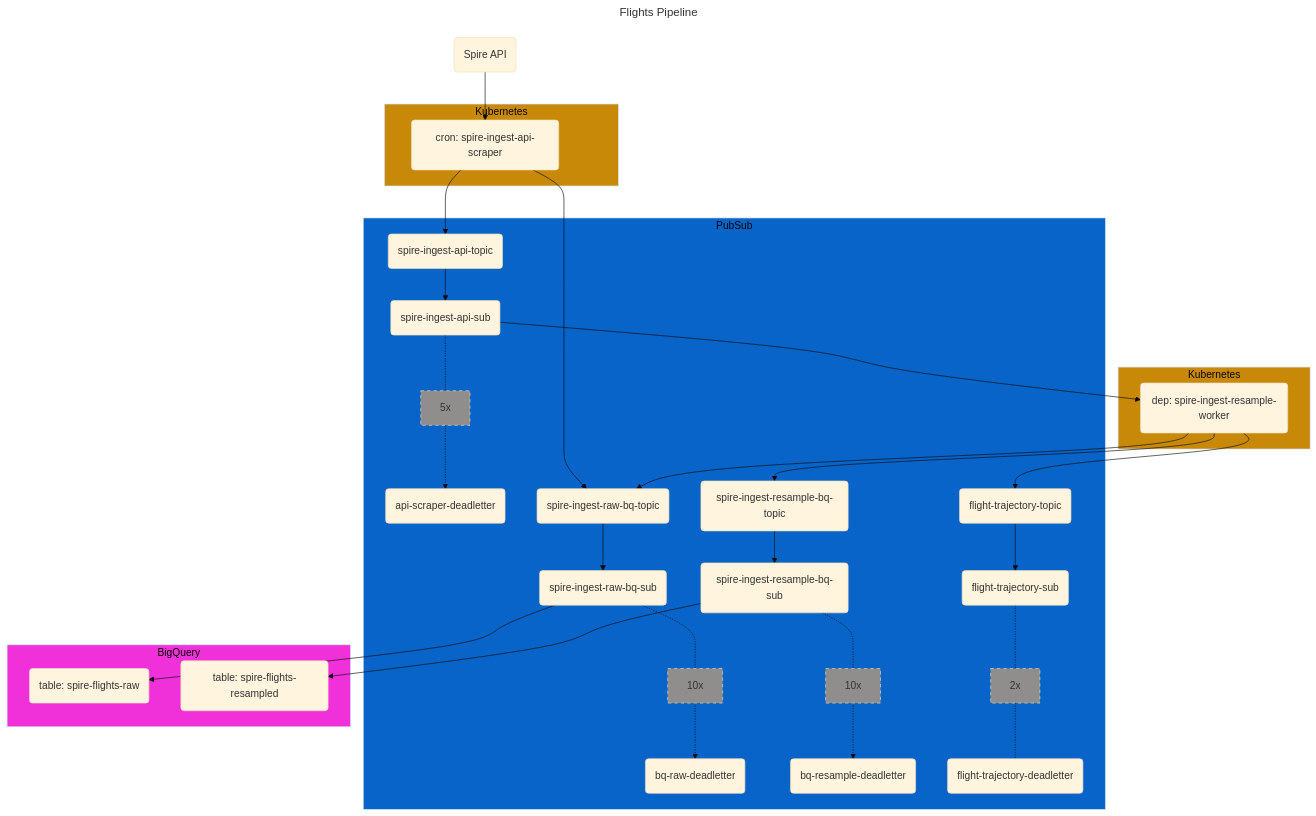
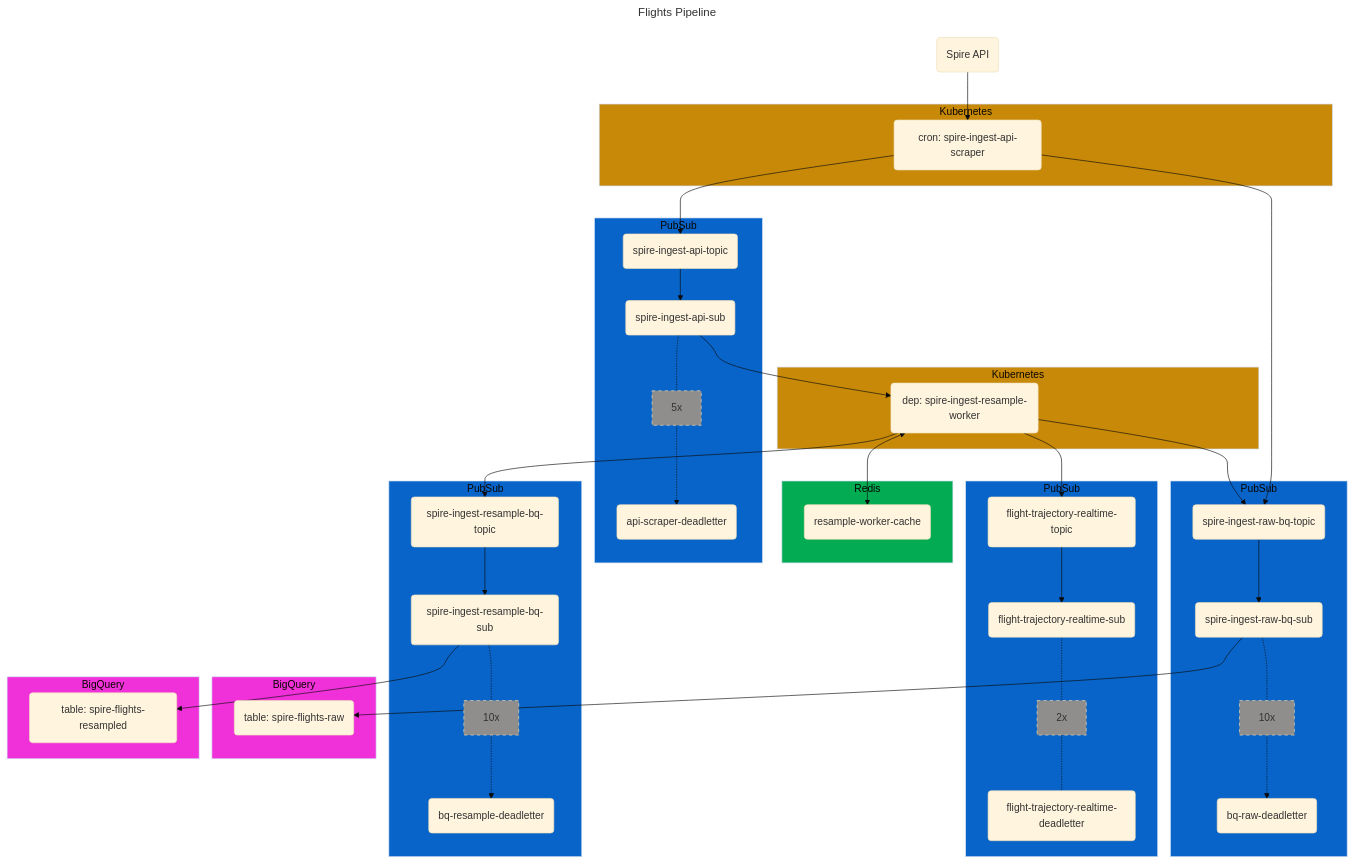
The diagram in README.md (contrailcirrus/flights-pipeline), drawn with Mermaid (base theme) before and after one commit. The commit also changed 3 other files, not shown here.

First line of the commit message:
Release trajectory-worker ack/nack fix (#216)

````diff
--- a/README.md
+++ b/README.md
@@ -21,42 +21,65 @@
         spire_ingest_resample_worker(dep: spire-ingest-resample-worker)
     end
     style k8s_2 fill:#C88908
-    subgraph pub_sub[PubSub]
+    subgraph redis1[Redis]
+        resample_worker_cache(resample-worker-cache)
+    end
+    style redis1 fill:#03ab52
+    subgraph pub_sub1[PubSub]
         spire_ingest_api_topic(spire-ingest-api-topic)
         spire_ingest_api_sub(spire-ingest-api-sub)
         api_scraper_5xop[5x]:::operationStyle
         spire_ingest_api_sub_deadletter(api-scraper-deadletter)
-        spire_ingest_raw_bq_topic(spire-ingest-raw-bq-topic)        
+    end
+    style pub_sub1 fill:#0864C8
+    subgraph pub_sub2[PubSub]
+    spire_ingest_raw_bq_topic(spire-ingest-raw-bq-topic)        
         spire_ingest_raw_bq_sub(spire-ingest-raw-bq-sub)
         bq_raw_10xop[10x]:::operationStyle
-        spire_ingest_raw_bq_sub_deadletter(bq-raw-deadletter)
+        spire_ingest_raw_bq_sub_deadletter(bq-raw-deadletter)    
+    end
+    style pub_sub2 fill:#0864C8
+    subgraph pub_sub3[PubSub]
         spire_ingest_resample_bq_topic(spire-ingest-resample-bq-topic)
         spire_ingest_resample_bq_sub(spire-ingest-resample-bq-sub)
         bq_resample_10xop[10x]:::operationStyle
         spire_ingest_resample_bq_sub_deadletter(bq-resample-deadletter)
-        flight_trajectory_topic(flight-trajectory-topic)
-        flight_trajectory_sub(flight-trajectory-sub)
-        flight_trajectory_2xop[2x]:::operationStyle
-        flight_trajectory_sub_deadletter(flight-trajectory-deadletter)
     end
-    style pub_sub fill:#0864C8
-    subgraph bigquery[BigQuery]
+    style pub_sub3 fill:#0864C8
+    subgraph pub_sub4[PubSub]
+        spire_ingest_resample_bq_topic(spire-ingest-resample-bq-topic)
+        spire_ingest_resample_bq_sub(spire-ingest-resample-bq-sub)
+        bq_resample_10xop[10x]:::operationStyle
+        spire_ingest_resample_bq_sub_deadletter(bq-resample-deadletter)
+        flight_trajectory_rt_topic(flight-trajectory-realtime-topic)
+        flight_trajectory_rt_sub(flight-trajectory-realtime-sub)
+        flight_trajectory_rt_2xop[2x]:::operationStyle
+        flight_trajectory_rt_sub_deadletter(flight-trajectory-realtime-deadletter)
+    end
+    style pub_sub4 fill:#0864C8
+    subgraph bigquery1[BigQuery]
         spire_flights_raw_tb(table: spire-flights-raw)
+    end
+    style bigquery1 fill:#f030d9
+    subgraph bigquery2[BigQuery]
         spire_flights_resampled_tb(table: spire-flights-resampled)
     end
-    style bigquery fill:#f030d9
+    style bigquery2 fill:#f030d9
     %% flow/associations
     spire_api --> spire_ingest_api_scraper
     spire_ingest_api_scraper --> spire_ingest_api_topic
     spire_ingest_api_scraper --> spire_ingest_raw_bq_topic
     spire_ingest_api_topic --> spire_ingest_api_sub
+    
     spire_ingest_api_sub --> spire_ingest_resample_worker
     spire_ingest_resample_worker --> spire_ingest_raw_bq_topic
     spire_ingest_resample_worker --> spire_ingest_resample_bq_topic
-    spire_ingest_resample_worker --> flight_trajectory_topic
+    spire_ingest_resample_worker --> flight_trajectory_rt_topic
     spire_ingest_raw_bq_topic --> spire_ingest_raw_bq_sub
     spire_ingest_resample_bq_topic --> spire_ingest_resample_bq_sub
-    flight_trajectory_topic --> flight_trajectory_sub
+    flight_trajectory_rt_topic --> flight_trajectory_rt_sub
+    
+    spire_ingest_resample_worker <--> resample_worker_cache
     
     spire_ingest_raw_bq_sub --> spire_flights_raw_tb
     spire_ingest_resample_bq_sub --> spire_flights_resampled_tb
@@ -71,6 +94,6 @@
     spire_ingest_resample_bq_sub -.- bq_resample_10xop
     bq_resample_10xop -.-> spire_ingest_resample_bq_sub_deadletter
     
-    flight_trajectory_sub -.- flight_trajectory_2xop
-    flight_trajectory_2xop -.- flight_trajectory_sub_deadletter
+    flight_trajectory_rt_sub -.- flight_trajectory_rt_2xop
+    flight_trajectory_rt_2xop -.- flight_trajectory_rt_sub_deadletter
 ```
````
